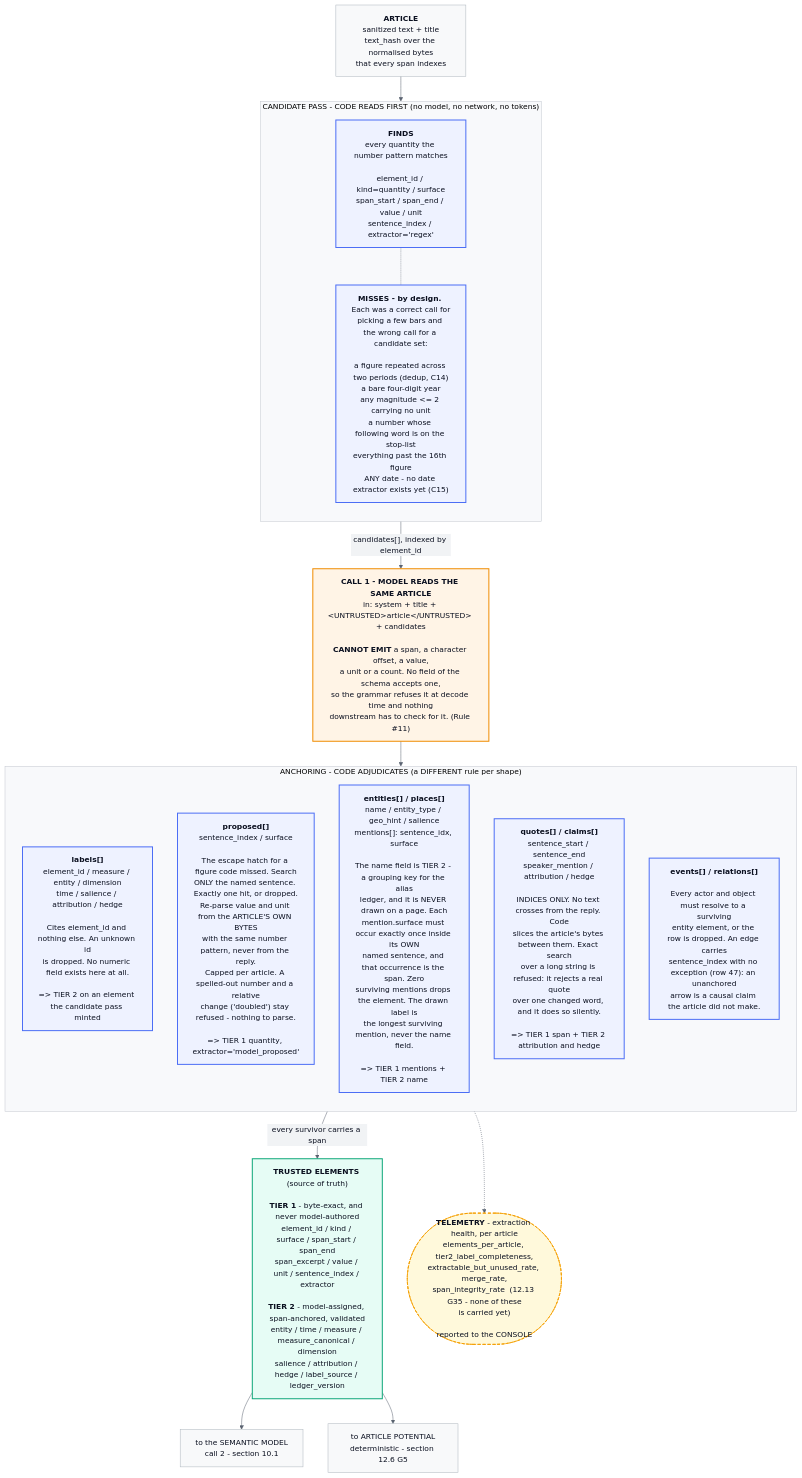
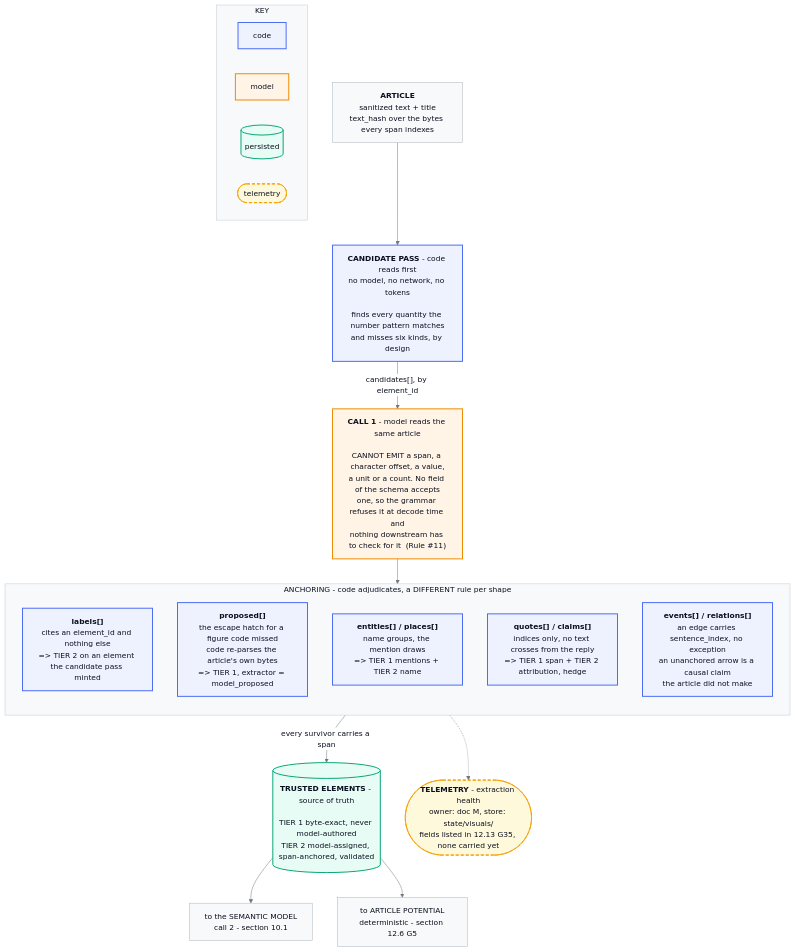
The second of 2 diagrams in TODO/20260902-visual-planner-pseudo-plan.md (miztiik/yen-idhazh), drawn with Mermaid before and after one commit. The commit also changed other lines of this file, not shown here.

````diff
--- a/TODO/20260902-visual-planner-pseudo-plan.md
+++ b/TODO/20260902-visual-planner-pseudo-plan.md
@@ -1086,54 +1106,54 @@
 ```mermaid
-%%{init: {"theme":"base","themeVariables":{"fontSize":"15px","fontFamily":"ui-monospace, SFMono-Regular, Menlo, Consolas, monospace","primaryColor":"#eef2ff","primaryBorderColor":"#4c6ef5","primaryTextColor":"#0b1020","secondaryColor":"#f1f3f5","tertiaryColor":"#ffffff","lineColor":"#5a6270","clusterBkg":"#f8f9fb","clusterBorder":"#c3c8d0"}}}%%
+%%{init: {"theme":"base","themeVariables":{"fontSize":"15px","fontFamily":"ui-monospace, SFMono-Regular, Menlo, Consolas, monospace","background":"#ffffff","mainBkg":"#ffffff","edgeLabelBackground":"#ffffff","labelBackground":"#ffffff","textColor":"#0b1020","titleColor":"#0b1020","nodeTextColor":"#0b1020","secondaryTextColor":"#0b1020","tertiaryTextColor":"#0b1020","lineColor":"#6e7781","primaryColor":"#eef2ff","primaryBorderColor":"#4c6ef5","primaryTextColor":"#0b1020","clusterBkg":"#f8f9fb","clusterBorder":"#c3c8d0"}}}%%
 flowchart TD
 
-  ART["<b>ARTICLE</b><br/>sanitized text + title<br/>text_hash over the normalised bytes<br/>that every span indexes"]
+  ART["<b>ARTICLE</b><br/>sanitized text + title<br/>text_hash over the bytes every span indexes"]
 
-  subgraph CP0["CANDIDATE PASS - CODE READS FIRST (no model, no network, no tokens)"]
+  CP["<b>CANDIDATE PASS</b> - code reads first<br/>no model, no network, no tokens<br/><br/>finds every quantity the number pattern matches<br/>and misses six kinds, by design"]
+
+  C1["<b>CALL 1</b> - model reads the same article<br/><br/>CANNOT EMIT a span, a character offset, a value,<br/>a unit or a count. No field of the schema accepts<br/>one, so the grammar refuses it at decode time and<br/>nothing downstream has to check for it  (Rule #11)"]
+
+  subgraph ANCH["ANCHORING - code adjudicates, a DIFFERENT rule per shape"]
     direction TB
-    CPF["<b>FINDS</b><br/>every quantity the number pattern matches<br/><br/>element_id / kind=quantity / surface<br/>span_start / span_end / value / unit<br/>sentence_index / extractor='regex'"]
-    CPM["<b>MISSES - by design.</b> Each was a correct call for<br/>picking a few bars and the wrong call for a candidate set:<br/><br/>a figure repeated across two periods (dedup, C14)<br/>a bare four-digit year<br/>any magnitude &lt;= 2 carrying no unit<br/>a number whose following word is on the stop-list<br/>everything past the 16th figure<br/>ANY date - no date extractor exists yet (C15)"]
-    CPF -.- CPM
+    A1["<b>labels[]</b><br/>cites an element_id and nothing else<br/>=&gt; TIER 2 on an element the candidate pass minted"]
+    A2["<b>proposed[]</b><br/>the escape hatch for a figure code missed<br/>code re-parses the article's own bytes<br/>=&gt; TIER 1, extractor = model_proposed"]
+    A3["<b>entities[] / places[]</b><br/>name groups, the mention draws<br/>=&gt; TIER 1 mentions + TIER 2 name"]
+    A4["<b>quotes[] / claims[]</b><br/>indices only, no text crosses from the reply<br/>=&gt; TIER 1 span + TIER 2 attribution, hedge"]
+    A5["<b>events[] / relations[]</b><br/>an edge carries sentence_index, no exception<br/>an unanchored arrow is a causal claim<br/>the article did not make"]
   end
 
-  C1["<b>CALL 1 - MODEL READS THE SAME ARTICLE</b><br/>in: system + title + &lt;UNTRUSTED&gt;article&lt;/UNTRUSTED&gt; + candidates<br/><br/><b>CANNOT EMIT</b> a span, a character offset, a value,<br/>a unit or a count. No field of the schema accepts one,<br/>so the grammar refuses it at decode time and nothing<br/>downstream has to check for it. (Rule #11)"]
-
-  ART --> CP0
-  CP0 -->|"candidates[], indexed by element_id"| C1
-
-  subgraph ANCH["ANCHORING - CODE ADJUDICATES (a DIFFERENT rule per shape)"]
-    direction TB
-    A1["<b>labels[]</b><br/>element_id / measure / entity / dimension<br/>time / salience / attribution / hedge<br/><br/>Cites element_id and nothing else. An unknown id<br/>is dropped. No numeric field exists here at all.<br/><br/>=&gt; TIER 2 on an element the candidate pass minted"]
-    A2["<b>proposed[]</b><br/>sentence_index / surface<br/><br/>The escape hatch for a figure code missed. Search<br/>ONLY the named sentence. Exactly one hit, or dropped.<br/>Re-parse value and unit from the ARTICLE'S OWN BYTES<br/>with the same number pattern, never from the reply.<br/>Capped per article. A spelled-out number and a relative<br/>change ('doubled') stay refused - nothing to parse.<br/><br/>=&gt; TIER 1 quantity, extractor='model_proposed'"]
-    A3["<b>entities[] / places[]</b><br/>name / entity_type / geo_hint / salience<br/>mentions[]: sentence_idx, surface<br/><br/>The name field is TIER 2 - a grouping key for the alias<br/>ledger, and it is NEVER drawn on a page. Each<br/>mention.surface must occur exactly once inside its OWN<br/>named sentence, and that occurrence is the span. Zero<br/>surviving mentions drops the element. The drawn label is<br/>the longest surviving mention, never the name field.<br/><br/>=&gt; TIER 1 mentions + TIER 2 name"]
-    A4["<b>quotes[] / claims[]</b><br/>sentence_start / sentence_end<br/>speaker_mention / attribution / hedge<br/><br/>INDICES ONLY. No text crosses from the reply. Code<br/>slices the article's bytes between them. Exact search<br/>over a long string is refused: it rejects a real quote<br/>over one changed word, and it does so silently.<br/><br/>=&gt; TIER 1 span + TIER 2 attribution and hedge"]
-    A5["<b>events[] / relations[]</b><br/><br/>Every actor and object must resolve to a surviving<br/>entity element, or the row is dropped. An edge carries<br/>sentence_index with no exception (row 47): an unanchored<br/>arrow is a causal claim the article did not make."]
-  end
-
-  C1 --> ANCH
-
-  TE["<b>TRUSTED ELEMENTS</b> (source of truth)<br/><br/><b>TIER 1</b> - byte-exact, and never model-authored<br/>element_id / kind / surface / span_start / span_end<br/>span_excerpt / value / unit / sentence_index / extractor<br/><br/><b>TIER 2</b> - model-assigned, span-anchored, validated<br/>entity / time / measure / measure_canonical / dimension<br/>salience / attribution / hedge / label_source / ledger_version"]
-
-  ANCH -->|"every survivor carries a span"| TE
+  TE[("<b>TRUSTED ELEMENTS</b> - source of truth<br/><br/>TIER 1 byte-exact, never model-authored<br/>TIER 2 model-assigned, span-anchored, validated")]
 
   OUT1["to the SEMANTIC MODEL<br/>call 2 - section 10.1"]
   OUT2["to ARTICLE POTENTIAL<br/>deterministic - section 12.6 G5"]
+
+  ART --> CP
+  CP -->|"candidates[], by element_id"| C1
+  C1 --> ANCH
+  ANCH -->|"every survivor carries a span"| TE
   TE --> OUT1
   TE --> OUT2
 
-  TEL1(["<b>TELEMETRY</b> - extraction health, per article<br/>elements_per_article, tier2_label_completeness,<br/>extractable_but_unused_rate, merge_rate,<br/>span_integrity_rate  (12.13 G35 - none of these<br/>is carried yet)<br/><br/>reported to the CONSOLE"])
+  TEL1(["<b>TELEMETRY</b> - extraction health<br/>owner: doc M, store: state/visuals/<br/>fields listed in 12.13 G35, none carried yet"])
   ANCH -.-> TEL1
+
+  subgraph KEY["KEY"]
+    direction LR
+    K1["code"]
+    K2["model"]
+    K3[("persisted")]
+    K4(["telemetry"])
+  end
 
   classDef code fill:#eef2ff,stroke:#4c6ef5,stroke-width:2px,color:#0b1020;
   classDef model fill:#fff4e6,stroke:#f08c00,stroke-width:2px,color:#0b1020;
   classDef store fill:#e6fcf5,stroke:#0ca678,stroke-width:2px,color:#0b1020;
+  classDef plain fill:#f8f9fa,stroke:#adb5bd,stroke-width:1px,color:#0b1020;
   classDef telem fill:#fff9db,stroke:#f59f00,stroke-width:1.5px,color:#0b1020,stroke-dasharray: 6 4;
-  classDef plain fill:#f8f9fa,stroke:#adb5bd,stroke-width:1px,color:#0b1020;
 
-  class ART plain;
-  class CPF,CPM,A1,A2,A3,A4,A5 code;
-  class C1 model;
-  class TE store;
-  class OUT1,OUT2 plain;
-  class TEL1 telem;
+  class ART,OUT1,OUT2 plain;
+  class CP,A1,A2,A3,A4,A5,K1 code;
+  class C1,K2 model;
+  class TE,K3 store;
+  class TEL1,K4 telem;
 ```
````
